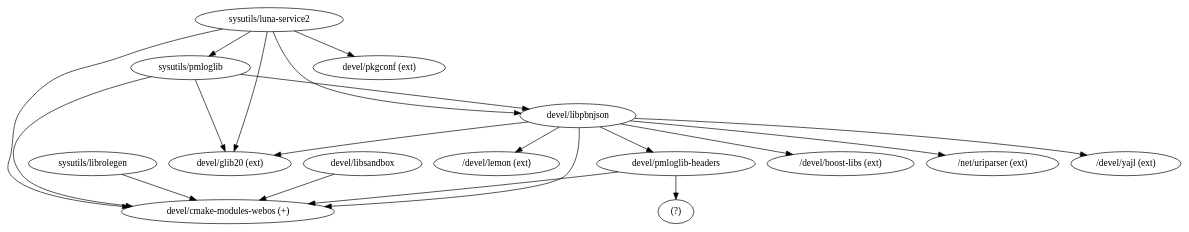
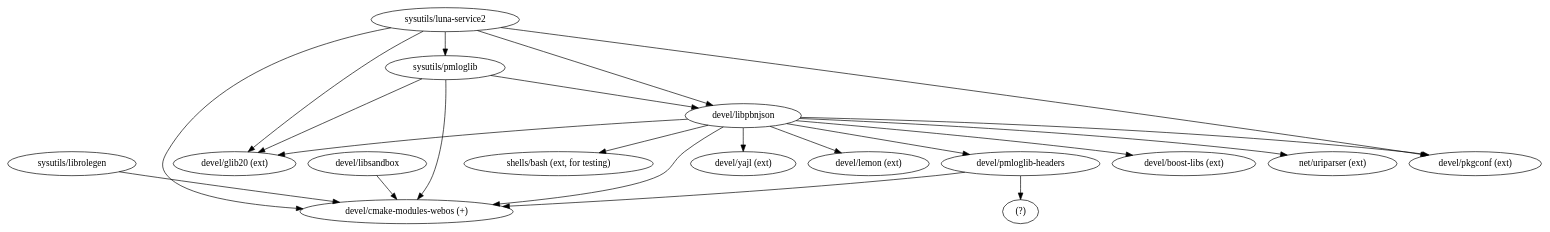
The diagram in docs/graph.dot (ppenzin/freewebos-portdev), drawn with Graphviz before and after one commit.

Commit message:
More external dependencies

```diff
--- a/docs/graph.dot
+++ b/docs/graph.dot
@@ -1,21 +1,23 @@
 digraph {
 	"sysutils/librolegen" -> "devel/cmake-modules-webos (+)";
 	"devel/libsandbox" -> "devel/cmake-modules-webos (+)";
 	"devel/pmloglib-headers" -> "devel/cmake-modules-webos (+)";
 	"devel/pmloglib-headers" -> "(?)";
 	"devel/libpbnjson" -> "devel/cmake-modules-webos (+)";
 	"devel/libpbnjson" -> "devel/pmloglib-headers";
-	"devel/libpbnjson" -> "/devel/yajl (ext)";
-	"devel/libpbnjson" -> "/devel/lemon (ext)";
-	"devel/libpbnjson" -> "/devel/boost-libs (ext)";
-	"devel/libpbnjson" -> "/net/uriparser (ext)";
+	"devel/libpbnjson" -> "shells/bash (ext, for testing)";
+	"devel/libpbnjson" -> "devel/yajl (ext)";
+	"devel/libpbnjson" -> "devel/lemon (ext)";
+	"devel/libpbnjson" -> "devel/boost-libs (ext)";
+	"devel/libpbnjson" -> "net/uriparser (ext)";
 	"devel/libpbnjson" -> "devel/glib20 (ext)";
+	"devel/libpbnjson" -> "devel/pkgconf (ext)";
 	"sysutils/pmloglib" -> "devel/libpbnjson";
 	"sysutils/pmloglib" -> "devel/cmake-modules-webos (+)";
 	"sysutils/pmloglib" -> "devel/glib20 (ext)";
 	"sysutils/luna-service2" -> "sysutils/pmloglib";
 	"sysutils/luna-service2" -> "devel/cmake-modules-webos (+)";
 	"sysutils/luna-service2" -> "devel/libpbnjson";
 	"sysutils/luna-service2" -> "devel/glib20 (ext)";
 	"sysutils/luna-service2" -> "devel/pkgconf (ext)";
 }
```
